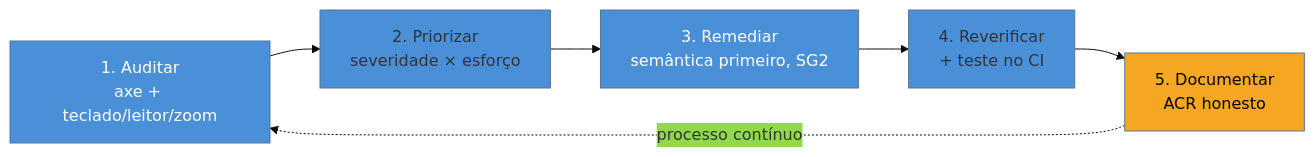
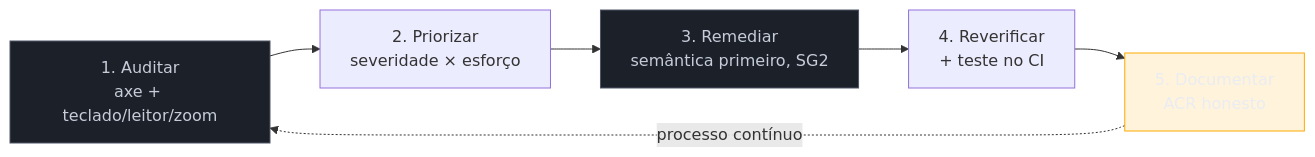
Before and after one commit to josenaldo/codex-technomanticus: the diagram in 03-Dominios/Tecnologia/Acessibilidade/21 - Capstone - auditar e remediar um produto do zero.md, drawn with Mermaid. The commit also changed 1181 other files, not shown here.

First line of the commit message:
fix(diagramas): paleta do sistema no lugar de cor cravada no markdown

````diff
--- a/03-Dominios/Tecnologia/Acessibilidade/21 - Capstone - auditar e remediar um produto do zero.md
+++ b/03-Dominios/Tecnologia/Acessibilidade/21 - Capstone - auditar e remediar um produto do zero.md
@@ -138,12 +138,13 @@
 ```mermaid
-%%{init: {"theme": "base", "themeVariables": {"primaryColor": "#4A90D9"}}}%%
 graph LR
+    classDef neutro fill:#1B2029,stroke:#4E5666,color:#C6CCD8
+    classDef destaque fill:#FFAA0024,stroke:#FFAA00,color:#E9ECF2
     A["1. Auditar<br/>axe + teclado/leitor/zoom"] --> B["2. Priorizar<br/>severidade × esforço"]
     B --> C["3. Remediar<br/>semântica primeiro, SG2"]
     C --> D["4. Reverificar<br/>+ teste no CI"]
     D --> E["5. Documentar<br/>ACR honesto"]
     E -.->|processo contínuo| A
-    style A fill:#4A90D9,color:#fff
-    style C fill:#4A90D9,color:#fff
-    style E fill:#F5A623,color:#000
+    class A neutro
+    class C neutro
+    class E destaque
 ```
````
